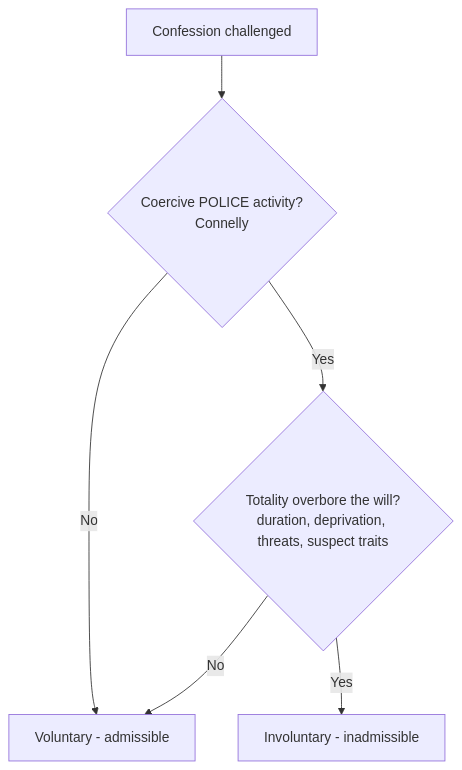
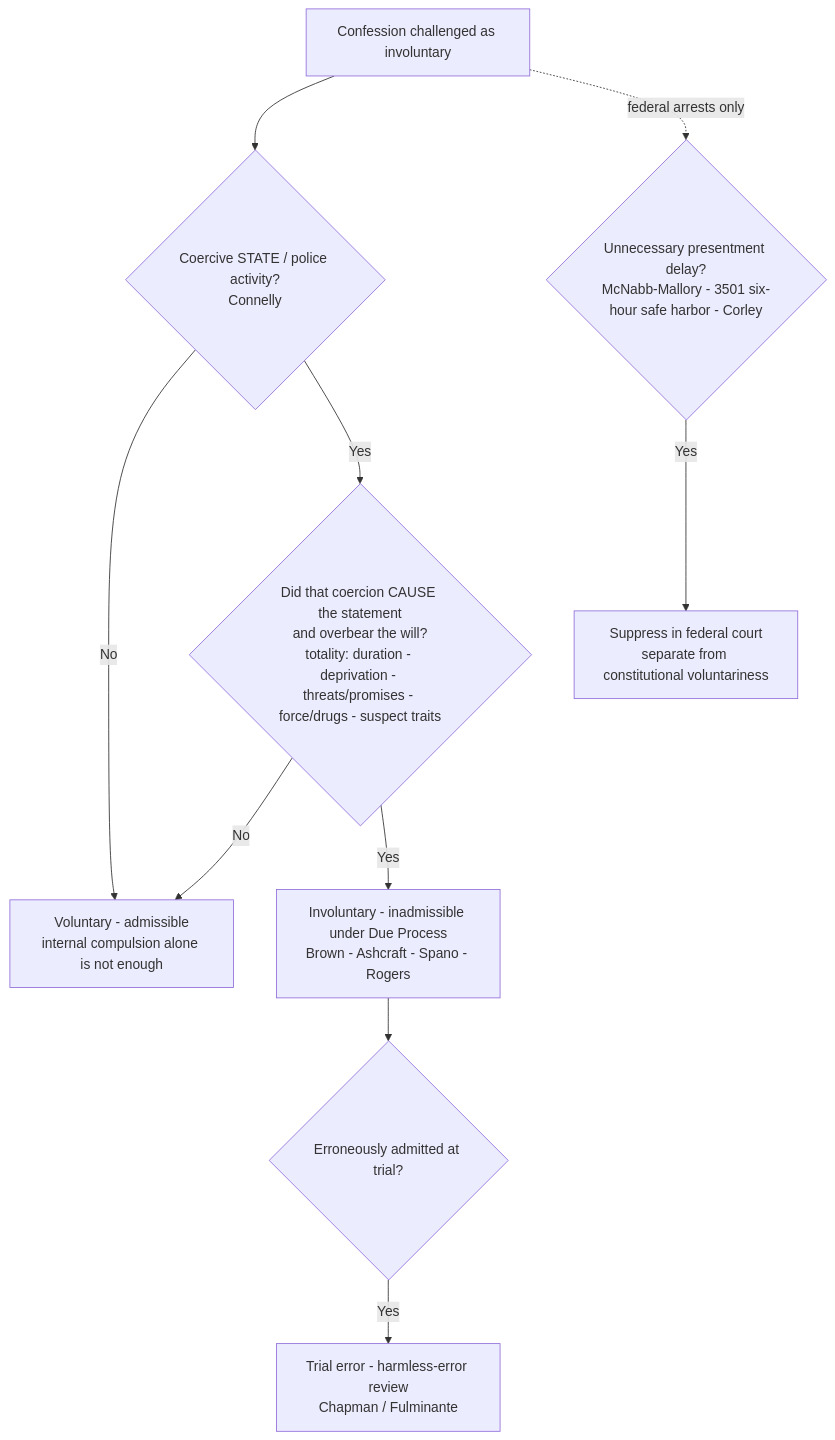
One commit to Enragedsaturday/cssi changed the diagram in content/9-confessions-interrogation/Due-Process Voluntariness of Confessions.md. Above: the diagram before and after it, drawn with Mermaid. The commit also changed other lines of this file and 4 other files, not shown here.

````diff
--- a/content/9-confessions-interrogation/Due-Process Voluntariness of Confessions.md
+++ b/content/9-confessions-interrogation/Due-Process Voluntariness of Confessions.md
@@ -64,8 +86,12 @@
 ```mermaid
 flowchart TD
-  A[Confession challenged] --> B{Coercive POLICE activity?<br/>Connelly}
-  B -- No --> V[Voluntary - admissible]
-  B -- Yes --> C{Totality overbore the will?<br/>duration, deprivation, threats, suspect traits}
+  A[Confession challenged as involuntary] --> B{Coercive STATE / police activity?<br/>Connelly}
+  B -- No --> V[Voluntary - admissible<br/>internal compulsion alone is not enough]
+  B -- Yes --> C{Did that coercion CAUSE the statement<br/>and overbear the will?<br/>totality: duration - deprivation - threats/promises - force/drugs - suspect traits}
   C -- No --> V
-  C -- Yes --> D[Involuntary - inadmissible]
+  C -- Yes --> D[Involuntary - inadmissible under Due Process<br/>Brown - Ashcraft - Spano - Rogers]
+  D --> E{Erroneously admitted at trial?}
+  E -- Yes --> F[Trial error - harmless-error review<br/>Chapman / Fulminante]
+  A -. federal arrests only .-> G{Unnecessary presentment delay?<br/>McNabb-Mallory - 3501 six-hour safe harbor - Corley}
+  G -- Yes --> H[Suppress in federal court<br/>separate from constitutional voluntariness]
 ```
````
